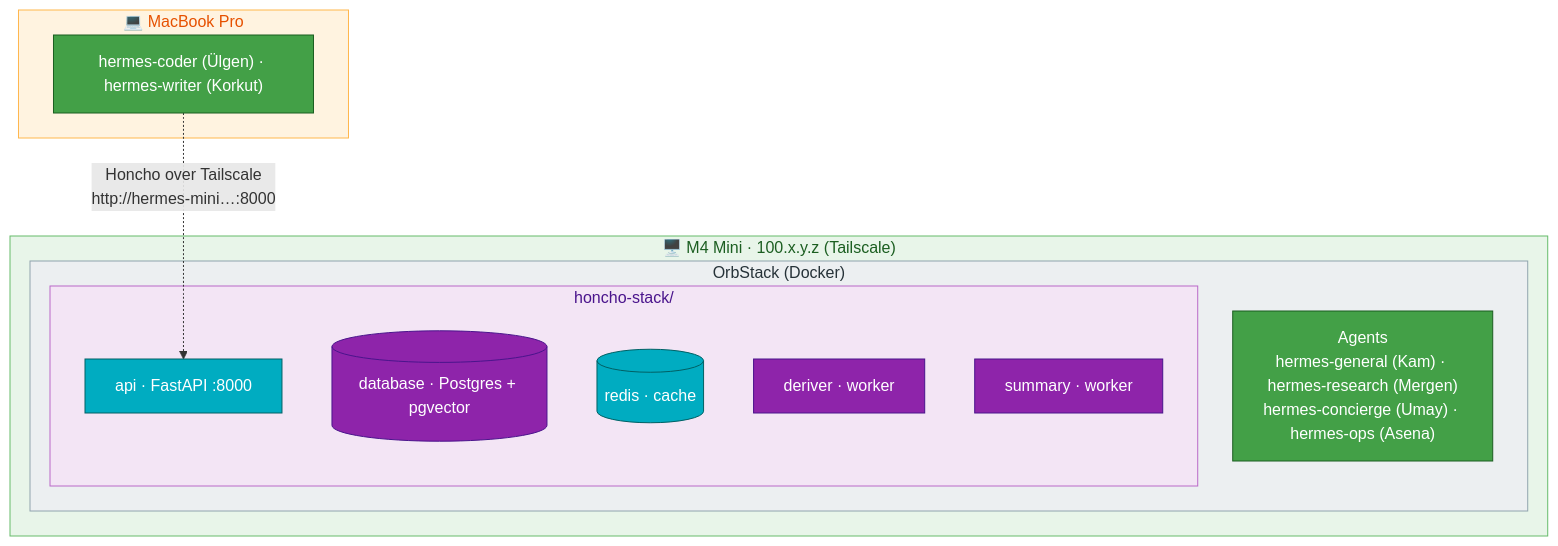
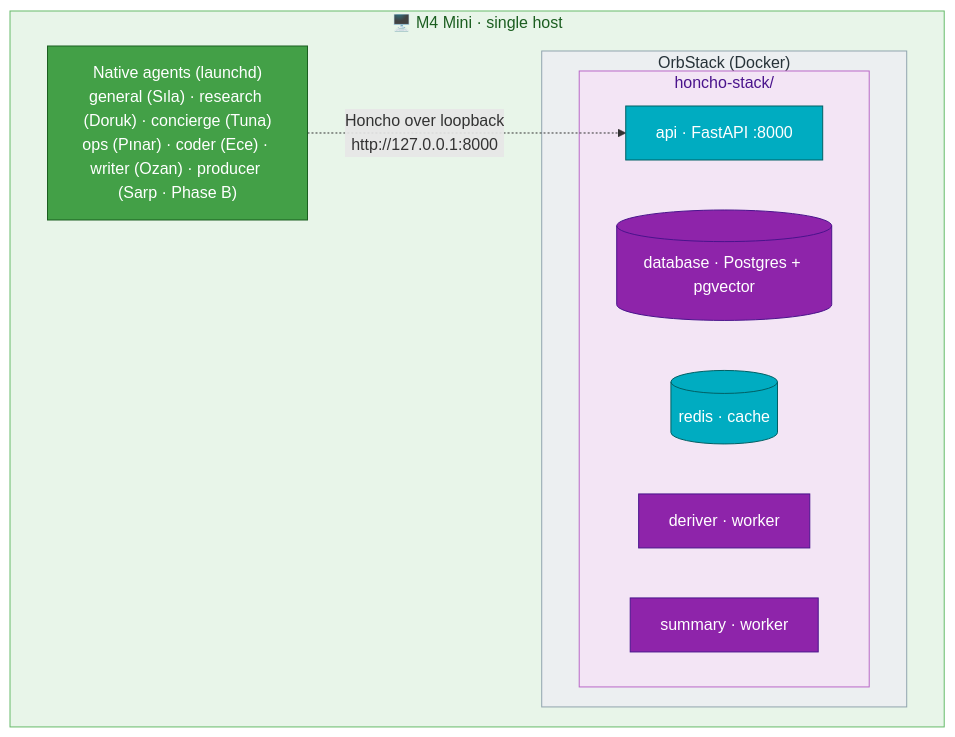
The second of 2 diagrams in docs/07-memory.md (mpolatcan/hermes-setup), drawn with Mermaid before and after one commit. The commit also changed other lines of this file and 14 other files, not shown here.

First line of the commit message:
Rewrite plan: native single-Mini architecture + Turkish studio crew

````diff
--- a/docs/07-memory.md
+++ b/docs/07-memory.md
@@ -80,26 +80,22 @@
 ```mermaid
 flowchart TB
-    subgraph mini["🖥️ M4 Mini · 100.x.y.z (Tailscale)"]
+    subgraph mini["🖥️ M4 Mini · single host"]
+        ag["Native agents (launchd)<br/>general (Sıla) · research (Doruk) · concierge (Tuna)<br/>ops (Pınar) · coder (Ece) · writer (Ozan) · producer (Sarp · Phase B)"]:::mini
         subgraph orb["OrbStack (Docker)"]
-            ag["Agents<br/>hermes-general (Kam) · hermes-research (Mergen)<br/>hermes-concierge (Umay) · hermes-ops (Asena)"]:::mini
             subgraph hs["honcho-stack/"]
                 api["api · FastAPI :8000"]:::svc
                 db[("database · Postgres + pgvector")]:::infra
                 redis[("redis · cache")]:::svc
                 deriver["deriver · worker"]:::infra
                 summary["summary · worker"]:::infra
             end
         end
     end
-    subgraph mbp["💻 MacBook Pro"]
-        mbpag["hermes-coder (Ülgen) · hermes-writer (Korkut)"]:::mini
-    end
-    mbpag -. "Honcho over Tailscale<br/>http://hermes-mini…:8000" .-> api
+    ag -. "Honcho over loopback<br/>http://127.0.0.1:8000" .-> api
     classDef mini fill:#43A047,stroke:#1B5E20,color:#fff
     classDef svc fill:#00ACC1,stroke:#006064,color:#fff
     classDef infra fill:#8E24AA,stroke:#4A148C,color:#fff
     style mini fill:#E8F5E9,stroke:#66BB6A,color:#1B5E20
-    style mbp fill:#FFF3E0,stroke:#FFB74D,color:#E65100
     style orb fill:#ECEFF1,stroke:#90A4AE,color:#263238
     style hs fill:#F3E5F5,stroke:#BA68C8,color:#4A148C
 ```
````
